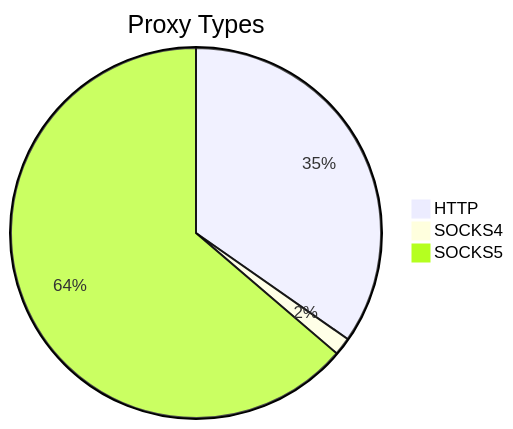
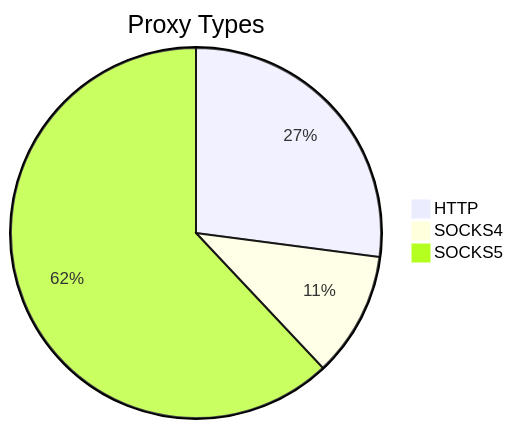
Before and after one commit to stormsia/proxy-list: the first of 2 diagrams in README.md, drawn with Mermaid. The commit also changed other lines of this file, not shown here.

````diff
--- a/README.md
+++ b/README.md
@@ -21,6 +21,6 @@
 ```mermaid
 pie title Proxy Types
-    "HTTP" : 67
-    "SOCKS4" : 3
-    "SOCKS5" : 123
+    "HTTP" : 62
+    "SOCKS4" : 25
+    "SOCKS5" : 142
 ```
````
